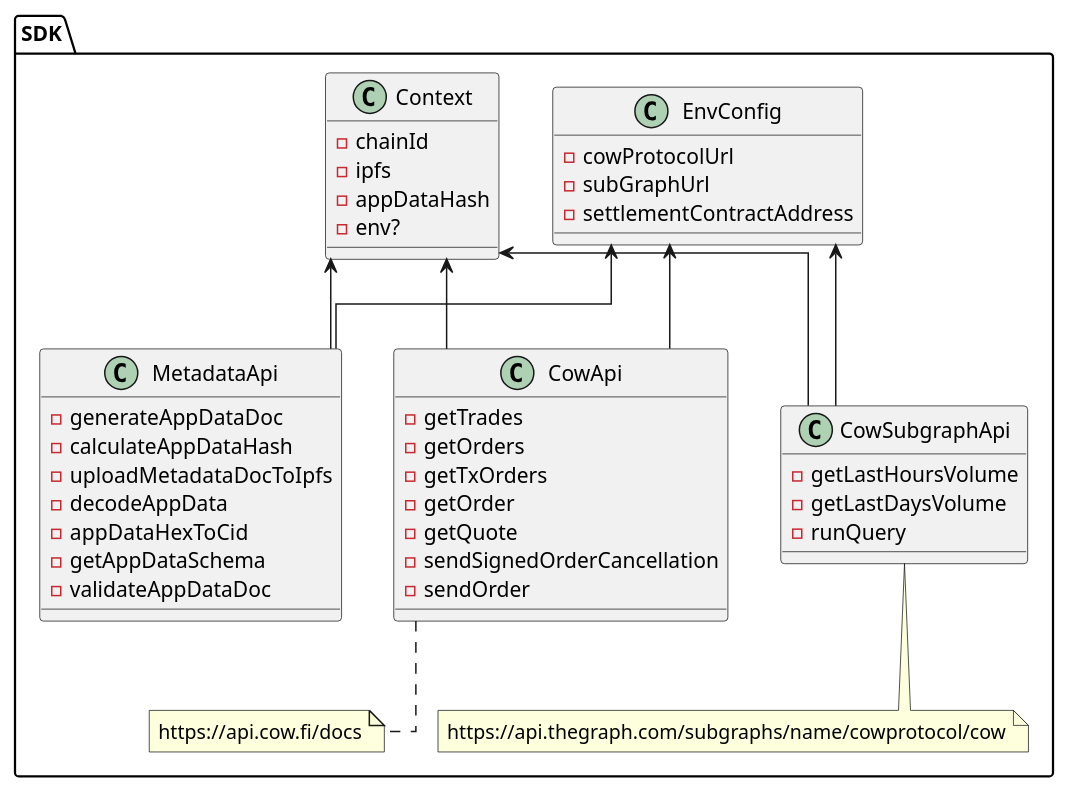
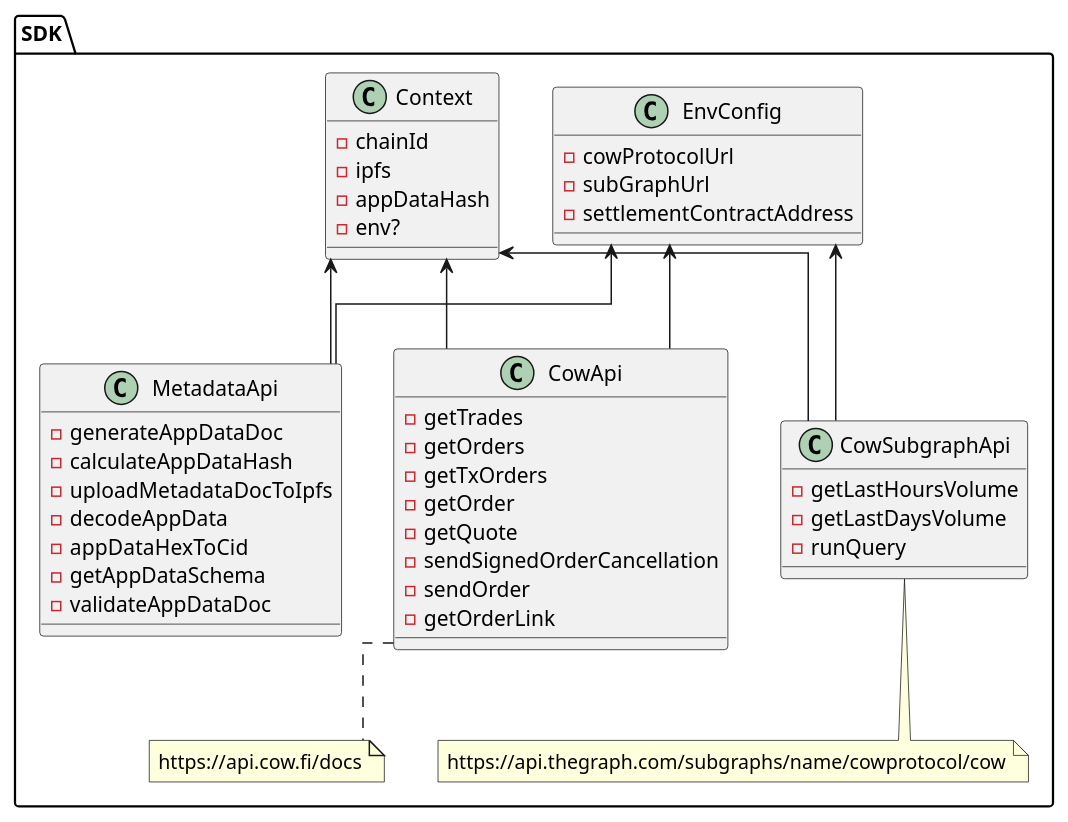
The diagram in architecture.puml (cowprotocol/cow-sdk), drawn with PlantUML before and after one commit. The commit also changed 7 other files, not shown here.

```diff
--- a/architecture.puml
+++ b/architecture.puml
@@ -1,59 +1,60 @@
 @startuml
   skinparam linetype ortho
 
   namespace SDK {
     class EnvConfig {
         - cowProtocolUrl
         - subGraphUrl
         - settlementContractAddress
     }
 
     class Context {
       - chainId
       - ipfs
       - appDataHash
       - env?
     }
 
     class CowApi {
       - getTrades
       - getOrders
       - getTxOrders
       - getOrder
       - getQuote
       - sendSignedOrderCancellation
       - sendOrder
+      - getOrderLink
     }
     note bottom of CowApi
       https://api.cow.fi/docs
     end note
 
     class CowSubgraphApi {
       - getLastHoursVolume
       - getLastDaysVolume
       - runQuery
     }
     note bottom of CowSubgraphApi
       https://api.thegraph.com/subgraphs/name/cowprotocol/cow
     end note
 
     class MetadataApi {
       - generateAppDataDoc
       - calculateAppDataHash
       - uploadMetadataDocToIpfs
       - decodeAppData
       - appDataHexToCid
       - getAppDataSchema
       - validateAppDataDoc
     }
 
     Context <-- CowApi
     Context <-- CowSubgraphApi
     Context <-- MetadataApi
 
     EnvConfig <-- CowApi
     EnvConfig <-- CowSubgraphApi
     EnvConfig <-- MetadataApi
   }
 
 @enduml
```
